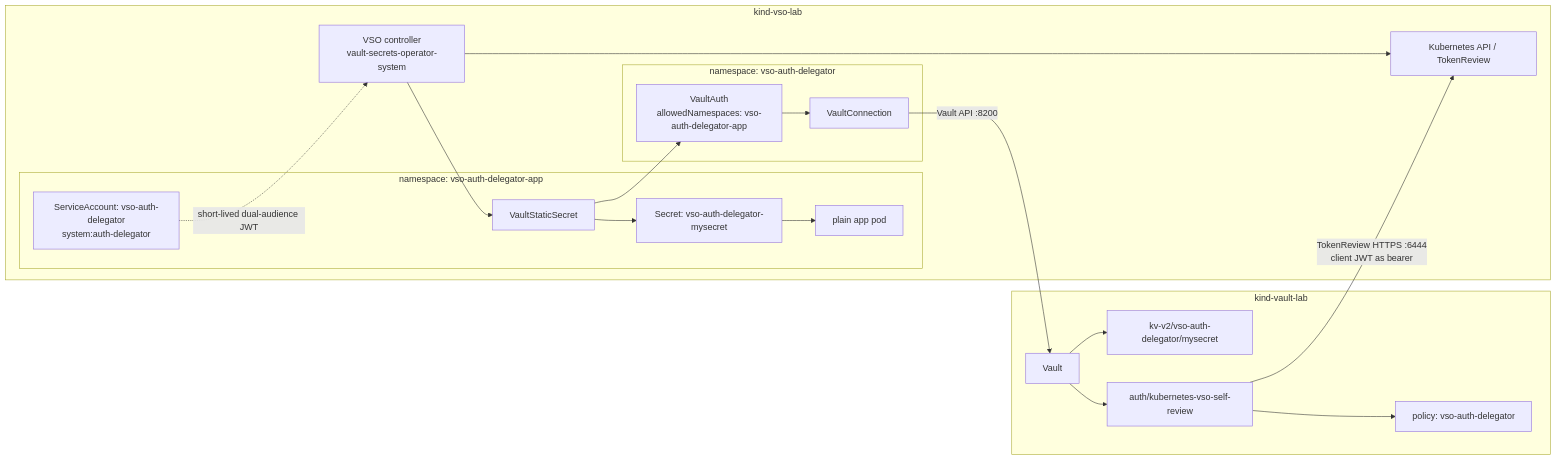
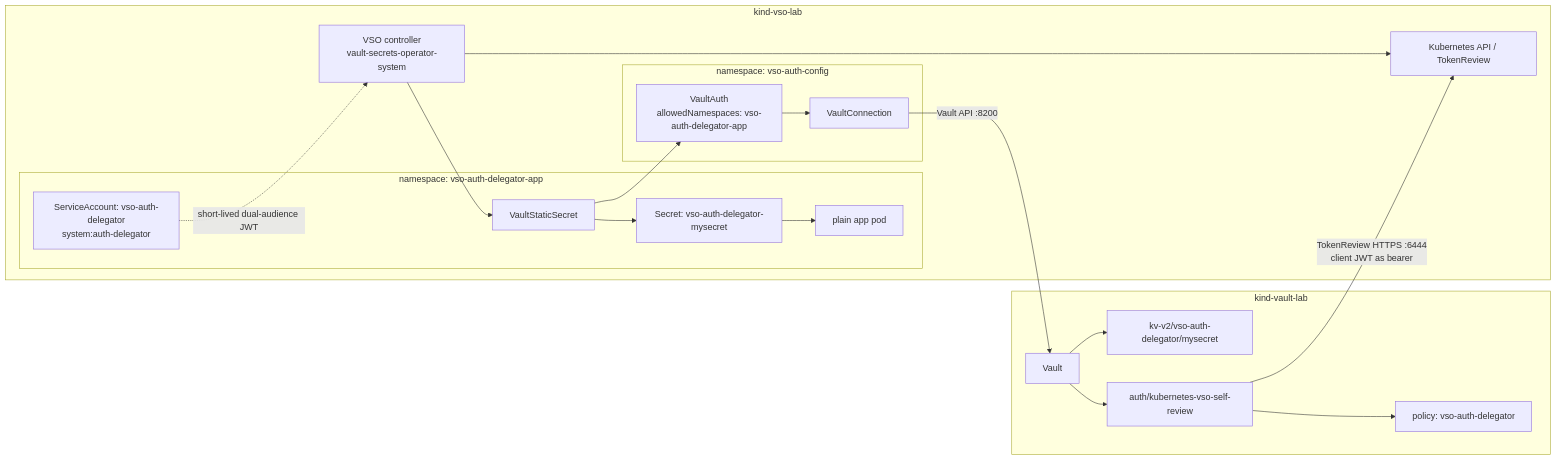
Before and after one commit to songlining/vault-k8s-demo: the first of 2 diagrams in docs/vso-kubernetes-auth-delegator-plan.md, drawn with Mermaid. The commit also changed other lines of this file and 8 other files, not shown here.

First line of the commit message:
docs(vso): clarify auth-delegator deck and rename auth-config namespace

````diff
--- a/docs/vso-kubernetes-auth-delegator-plan.md
+++ b/docs/vso-kubernetes-auth-delegator-plan.md
@@ -185,37 +185,37 @@
 ```mermaid
 flowchart LR
   subgraph VaultCluster["kind-vault-lab"]
     Vault["Vault"]
     K8sAuth["auth/kubernetes-vso-self-review"]
     Policy["policy: vso-auth-delegator"]
     KV["kv-v2/vso-auth-delegator/mysecret"]
     Vault --> K8sAuth --> Policy
     Vault --> KV
   end
 
   subgraph VSOCluster["kind-vso-lab"]
     API["Kubernetes API / TokenReview"]
     Controller["VSO controller\nvault-secrets-operator-system"]
 
-    subgraph AuthNS["namespace: vso-auth-delegator"]
+    subgraph AuthNS["namespace: vso-auth-config"]
       Connection["VaultConnection"]
       Auth["VaultAuth\nallowedNamespaces: vso-auth-delegator-app"]
     end
 
     subgraph AppNS["namespace: vso-auth-delegator-app"]
       ReviewSA["ServiceAccount: vso-auth-delegator\nsystem:auth-delegator"]
       VSS["VaultStaticSecret"]
       Secret["Secret: vso-auth-delegator-mysecret"]
       App["plain app pod"]
       VSS --> Secret --> App
     end
 
     Controller --> VSS
     VSS --> Auth --> Connection
     Controller --> API
   end
 
   Connection -->|"Vault API :8200"| Vault
   K8sAuth -->|"TokenReview HTTPS :6444\nclient JWT as bearer"| API
   ReviewSA -. "short-lived dual-audience JWT" .-> Controller
 ```
````
